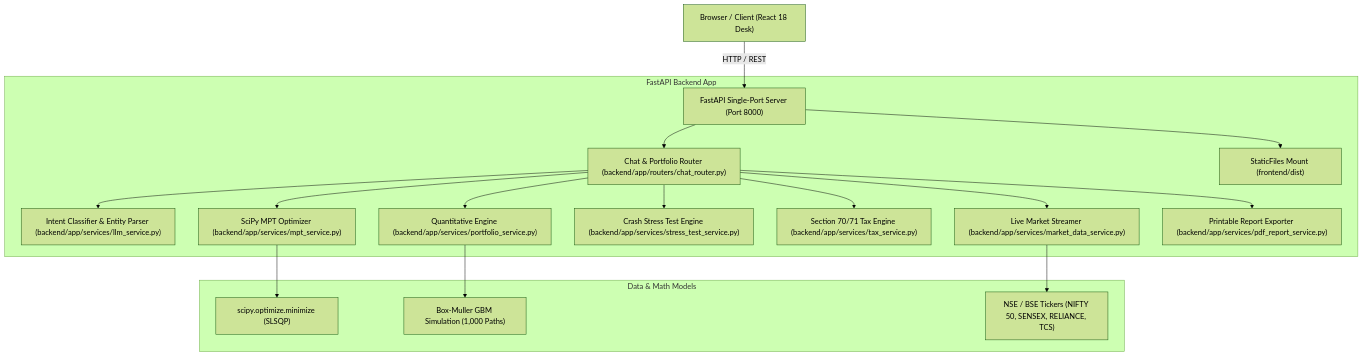
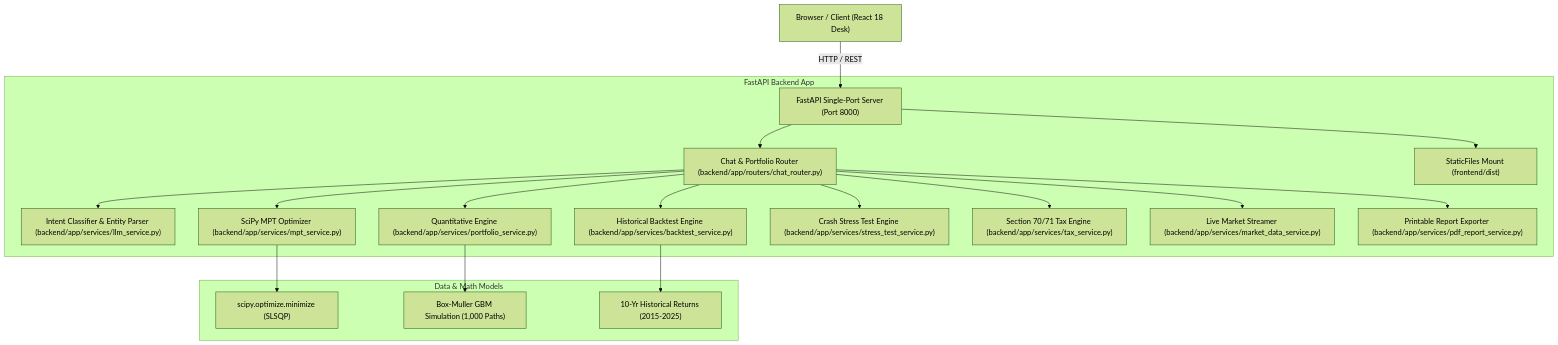
The diagram in E2E_TECHNICAL_REPORT.md (dhruv0402/Finbot-Hackathon), drawn with Mermaid (forest theme) before and after one commit. The commit also changed other lines of this file and 4 other files, not shown here.

Commit message:
feat: add 10-year historical backtesting engine, GitHub Actions CI workflow, and Architecture Decision Records (ADRs)

````diff
--- a/E2E_TECHNICAL_REPORT.md
+++ b/E2E_TECHNICAL_REPORT.md
@@ -21,23 +22,24 @@
 ```mermaid
 graph TD
     Client["Browser / Client (React 18 Desk)"] -->|HTTP / REST| SinglePortServer["FastAPI Single-Port Server (Port 8000)"]
     
     subgraph FastAPI Backend App
         SinglePortServer --> Router["Chat & Portfolio Router (backend/app/routers/chat_router.py)"]
         SinglePortServer --> StaticMount["StaticFiles Mount (frontend/dist)"]
         
         Router --> LLMService["Intent Classifier & Entity Parser (backend/app/services/llm_service.py)"]
         Router --> PortfolioService["Quantitative Engine (backend/app/services/portfolio_service.py)"]
         Router --> MPTService["SciPy MPT Optimizer (backend/app/services/mpt_service.py)"]
+        Router --> BacktestService["Historical Backtest Engine (backend/app/services/backtest_service.py)"]
         Router --> StressService["Crash Stress Test Engine (backend/app/services/stress_test_service.py)"]
         Router --> TaxService["Section 70/71 Tax Engine (backend/app/services/tax_service.py)"]
         Router --> MarketService["Live Market Streamer (backend/app/services/market_data_service.py)"]
         Router --> PDFService["Printable Report Exporter (backend/app/services/pdf_report_service.py)"]
     end
     
     subgraph Data & Math Models
         MPTService --> SLSQPSolver["scipy.optimize.minimize (SLSQP)"]
         PortfolioService --> MonteCarlo["Box-Muller GBM Simulation (1,000 Paths)"]
-        MarketService --> IndianTickers["NSE / BSE Tickers (NIFTY 50, SENSEX, RELIANCE, TCS)"]
+        BacktestService --> NSEHistory["10-Yr Historical Returns (2015-2025)"]
     end
 ```
````
